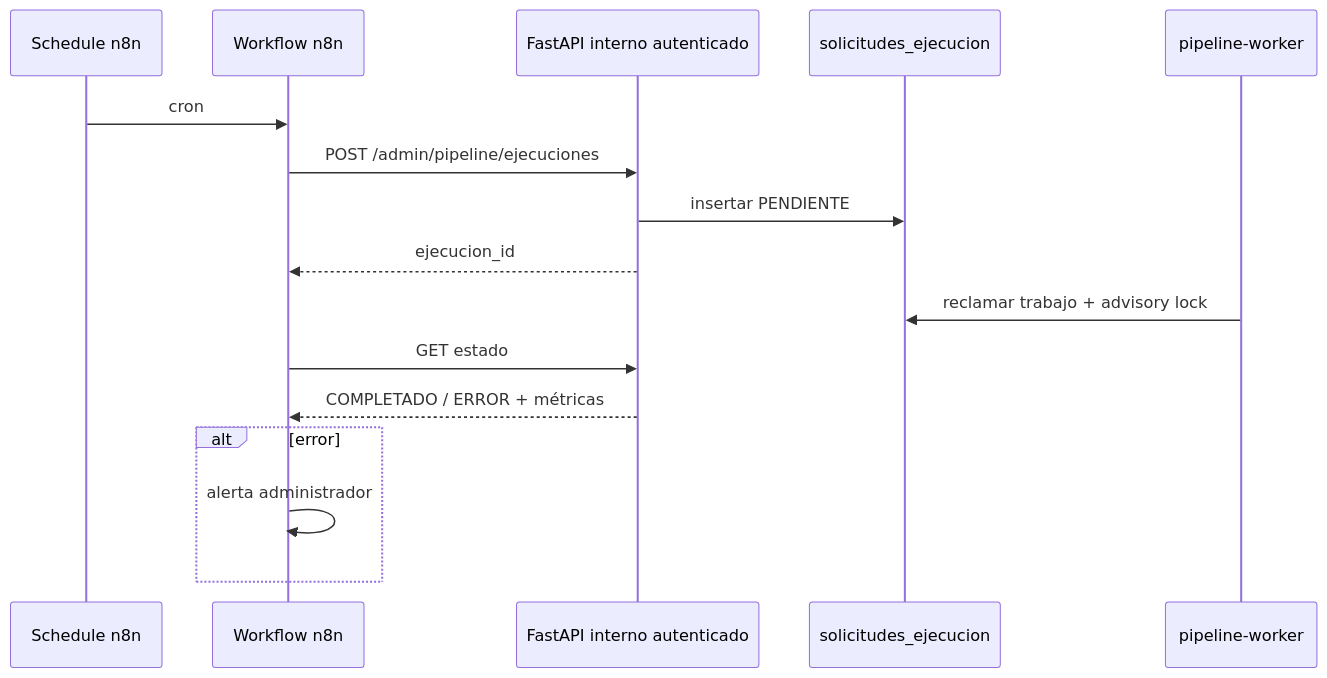
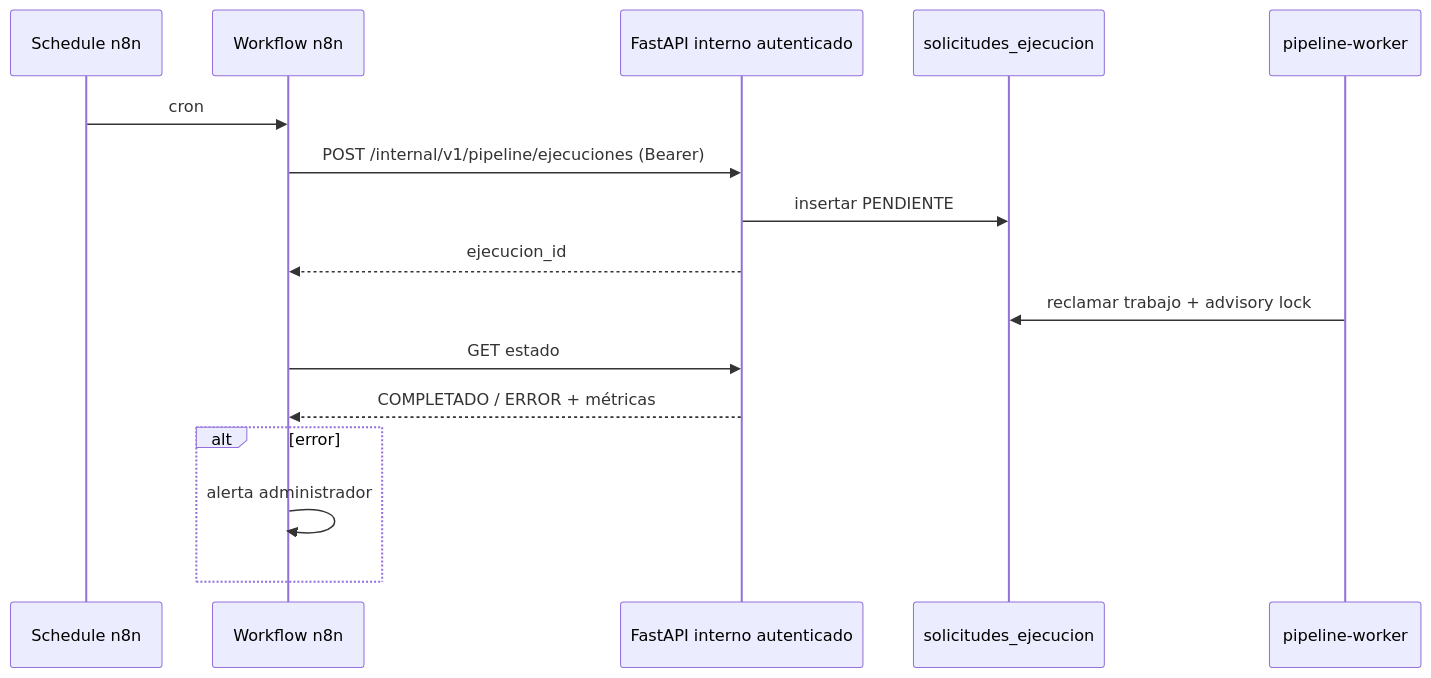
Before and after one commit to emersonHO/Sistema-Automatizado-de-Notificaci-n-de-corte-de-suministro-de-agua: the sixth of 7 diagrams in docs/ARQUITECTURA_OBJETIVO.md, drawn with Mermaid. The commit also changed other lines of this file and 113 other files, not shown here.

````diff
--- a/docs/ARQUITECTURA_OBJETIVO.md
+++ b/docs/ARQUITECTURA_OBJETIVO.md
@@ -184,18 +188,18 @@
 ```mermaid
 sequenceDiagram
   participant SCH as Schedule n8n
   participant N8 as Workflow n8n
   participant API as FastAPI interno autenticado
   participant JOB as solicitudes_ejecucion
   participant W as pipeline-worker
   SCH->>N8: cron
-  N8->>API: POST /admin/pipeline/ejecuciones
+  N8->>API: POST /internal/v1/pipeline/ejecuciones (Bearer)
   API->>JOB: insertar PENDIENTE
   API-->>N8: ejecucion_id
   W->>JOB: reclamar trabajo + advisory lock
   N8->>API: GET estado
   API-->>N8: COMPLETADO / ERROR + métricas
   alt error
     N8->>N8: alerta administrador
   end
 ```
````
